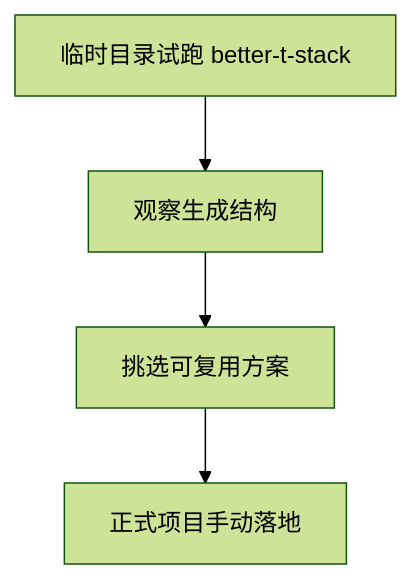
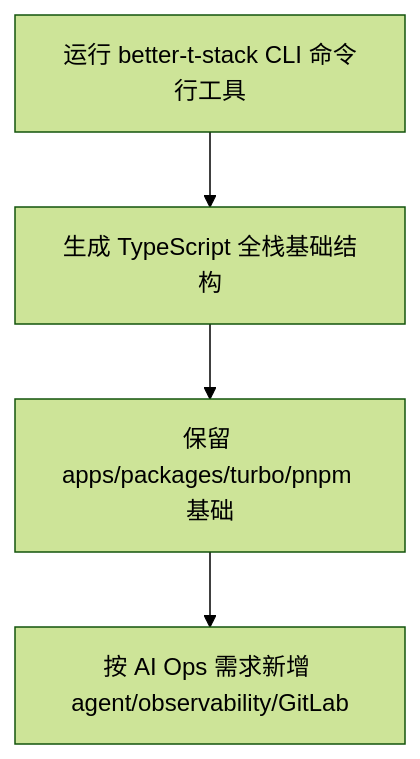
One commit to daxiguaguagua-hash/OpsAgent changed the third of 4 diagrams in docs/issues/M0-project-scaffold.md. Above: the diagram before and after it, drawn with Mermaid (forest theme). The commit also changed other lines of this file and 2 other files, not shown here.

````diff
--- a/docs/issues/M0-project-scaffold.md
+++ b/docs/issues/M0-project-scaffold.md
@@ -107,6 +141,6 @@
 ```mermaid
 flowchart TD
-  A[临时目录试跑 better-t-stack] --> B[观察生成结构]
-  B --> C[挑选可复用方案]
-  C --> D[正式项目手动落地]
+  A[运行 better-t-stack CLI 命令行工具] --> B[生成 TypeScript 全栈基础结构]
+  B --> C[保留 apps/packages/turbo/pnpm 基础]
+  C --> D[按 AI Ops 需求新增 agent/observability/GitLab]
 ```
````
